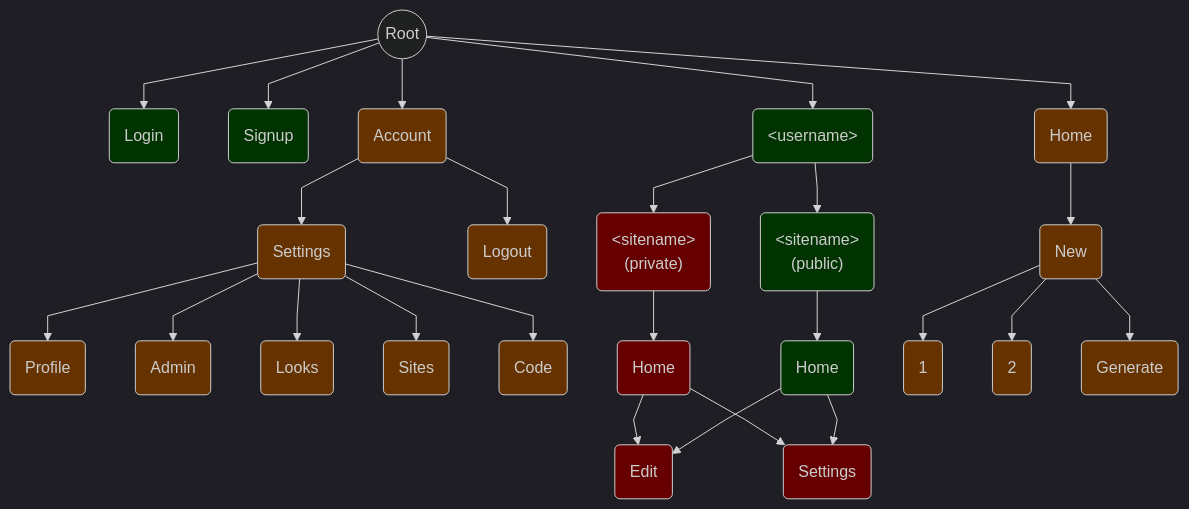
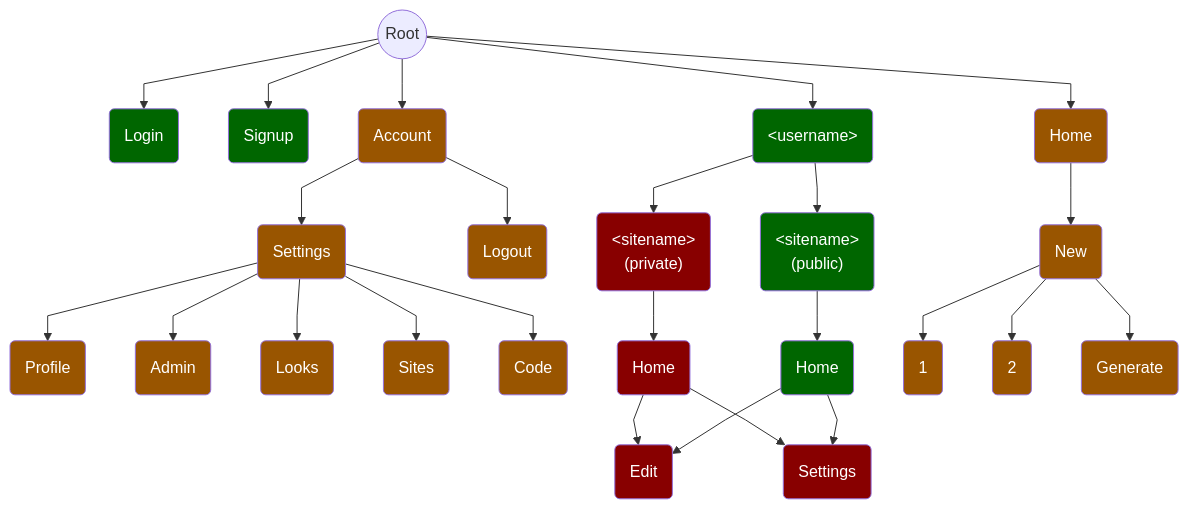
The first of 20 diagrams in README.md (tomgxz/Kraken), drawn with Mermaid before and after one commit. The commit also changed other lines of this file, not shown here.

Commit message:
Light theme diagrams

````diff
--- a/README.md
+++ b/README.md
@@ -336,31 +336,35 @@
   ```mermaid
   %%{init: {'theme':'dark', 'flowchart': {'curve': 'linear'},'themeVariables':{'fontFamily':'Lexend,Noto Sans,Helvetica,Arial'}}}%%
+  %%{init: {'theme':'light', 'flowchart': {'curve': 'linear'},'themeVariables':{'fontFamily':'Lexend,Noto Sans,Helvetica,Arial'}}}%%
 
   graph TB
       a((Root)) --> o(Login):::g
       a --> p(Signup):::g
       a --> b(Account):::o
       a --> j("&lt;username&gt;"):::g
       a --> q(Home):::o
       b --> c(Settings):::o
       b --> i(Logout):::o
       c --> d(Profile):::o
       c --> e(Admin):::o
       c --> f(Looks):::o
       c --> g(Sites):::o
       c --> h(Code):::o
       j --> v("&lt;sitename&gt;\n (public)"):::g
       j --> k("&lt;sitename&gt;\n (private)"):::r
       v --> l(Home):::g
       k --> w(Home):::r
       w --> m
       w --> n
       l --> m(Edit):::r
       l --> n(Settings):::r
       q --> r(New):::o --> s(1):::o
       r --> t(2):::o
       r --> u(Generate):::o
-      classDef g fill:#030
-      classDef o fill:#630
-      classDef r fill:#600
+      classDef g fill:#060,color:#fff;
+      classDef o fill:#950,color:#fff;
+      classDef r fill:#800,color:#fff;
+      %%classDef g fill:#030
+      %%classDef o fill:#630
+      %%classDef r fill:#600
   ```
````
